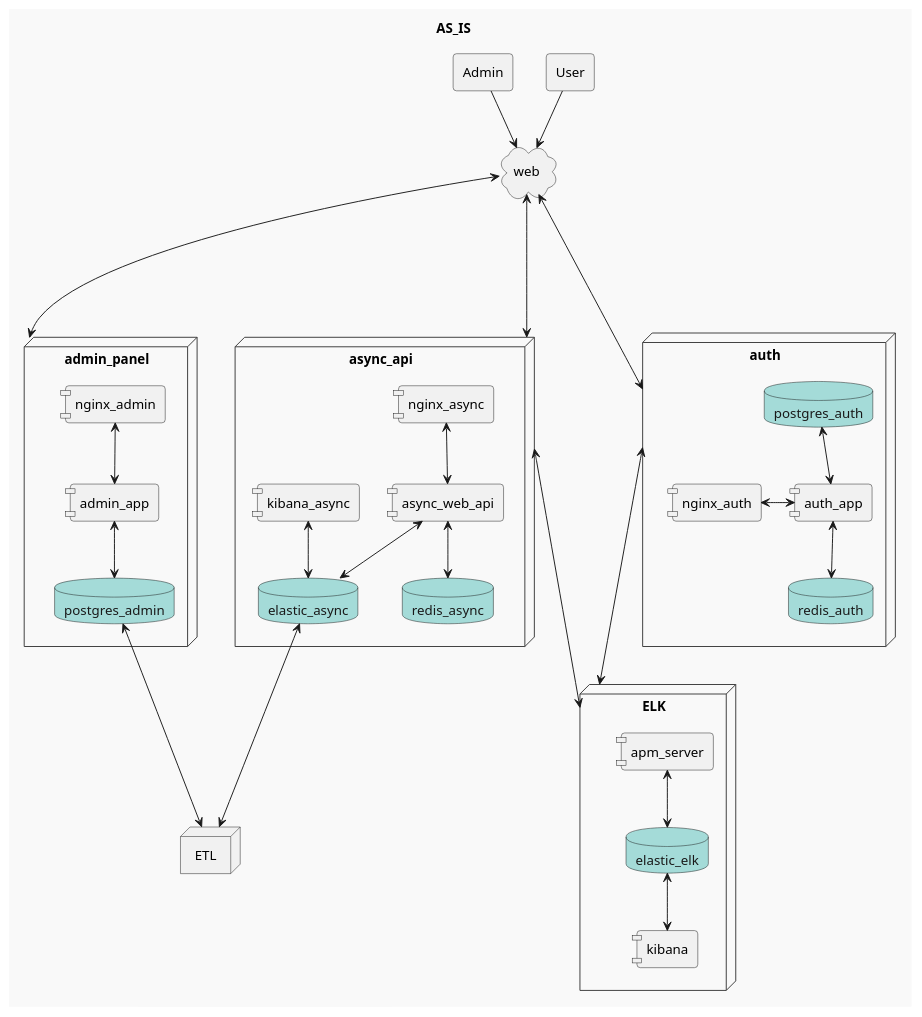
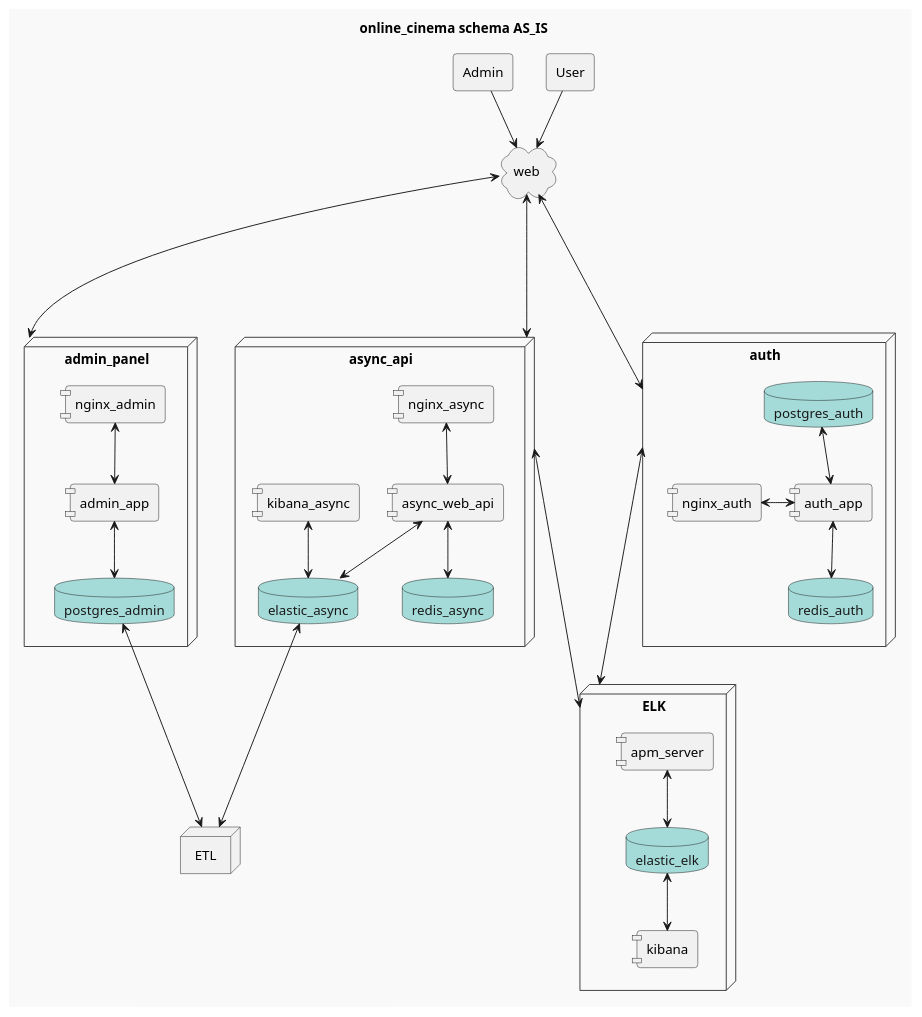
One commit to v-v-d/ugc_sprint_1 changed the diagram in architecture/as_is.puml. Above: the diagram before and after it, drawn with PlantUML.

Commit message:
Changed title to online_cinema schema AS_IS

```diff
--- a/architecture/as_is.puml
+++ b/architecture/as_is.puml
@@ -1,65 +1,65 @@
 @startuml
 !theme mars
 skinparam componentStyle uml1
 
 agent Admin
 agent User
 
 cloud web {
 }
 
-title AS_IS
+title online_cinema schema AS_IS
 
 node admin_panel {
     component nginx_admin
     database postgres_admin
 
     [admin_app] <-down-> postgres_admin
     nginx_admin <-down-> [admin_app]
 }
 
 node async_api {
     component nginx_async
     database redis_async
     database elastic_async
     component kibana_async
 
     kibana_async <-down-> elastic_async
     [async_web_api] <-down-> redis_async
     [async_web_api] <-up-> nginx_async
     elastic_async <-up-> [async_web_api]
 }
 
 node auth {
     component nginx_auth
     database redis_auth
     database postgres_auth
 
     redis_auth <-up-> [auth_app]
     [auth_app] <-up-> postgres_auth
     nginx_auth <-> [auth_app]
 }
 
 node ETL
 
 node ELK {
     component apm_server
     database elastic_elk
     component kibana
     elastic_elk <-down-> kibana
     apm_server <-down-> elastic_elk
 }
 
 User --> web
 Admin --> web
 
 web <----> admin_panel
 web <----> auth
 web <----> async_api
 
 auth <---down-> ELK
 async_api <--down-> ELK
 
 postgres_admin <---> ETL
 elastic_async <---> ETL
 @enduml
```
